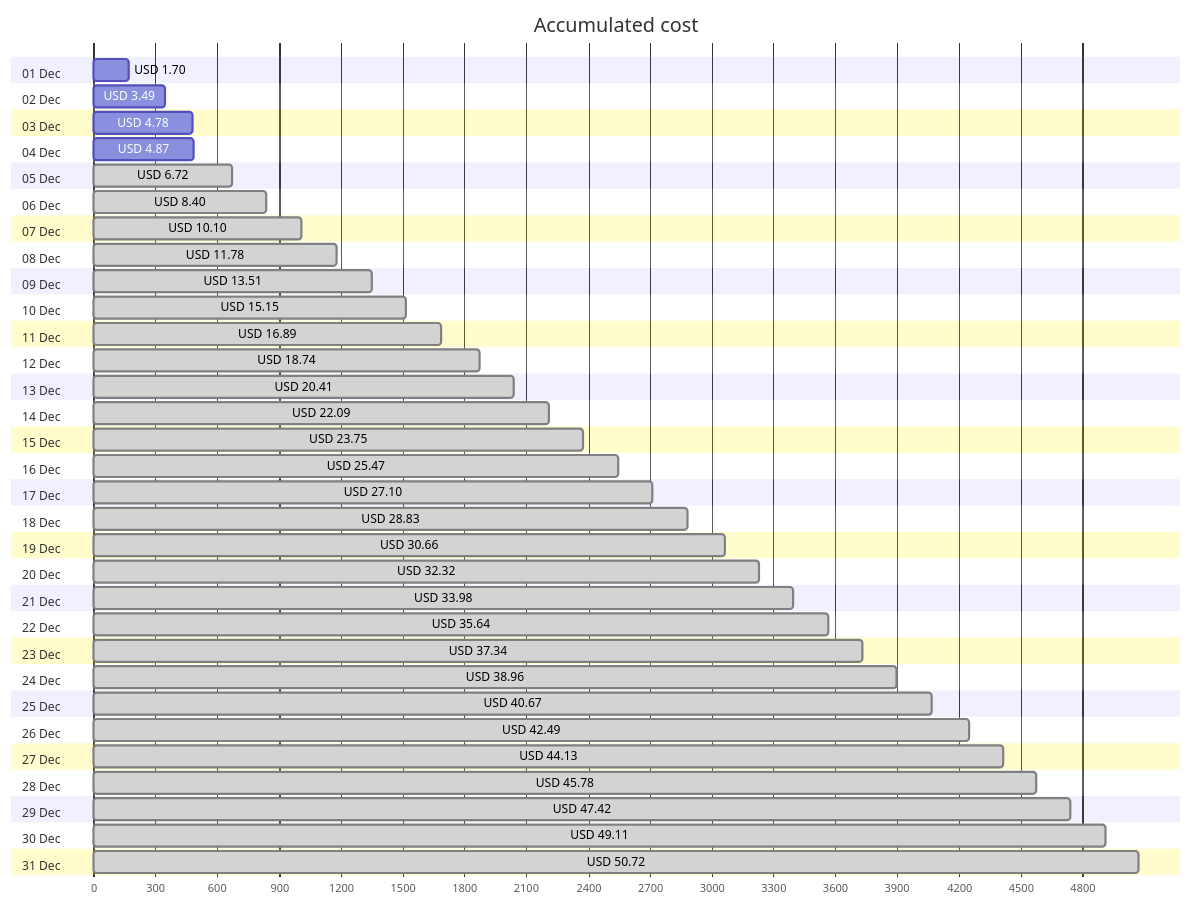
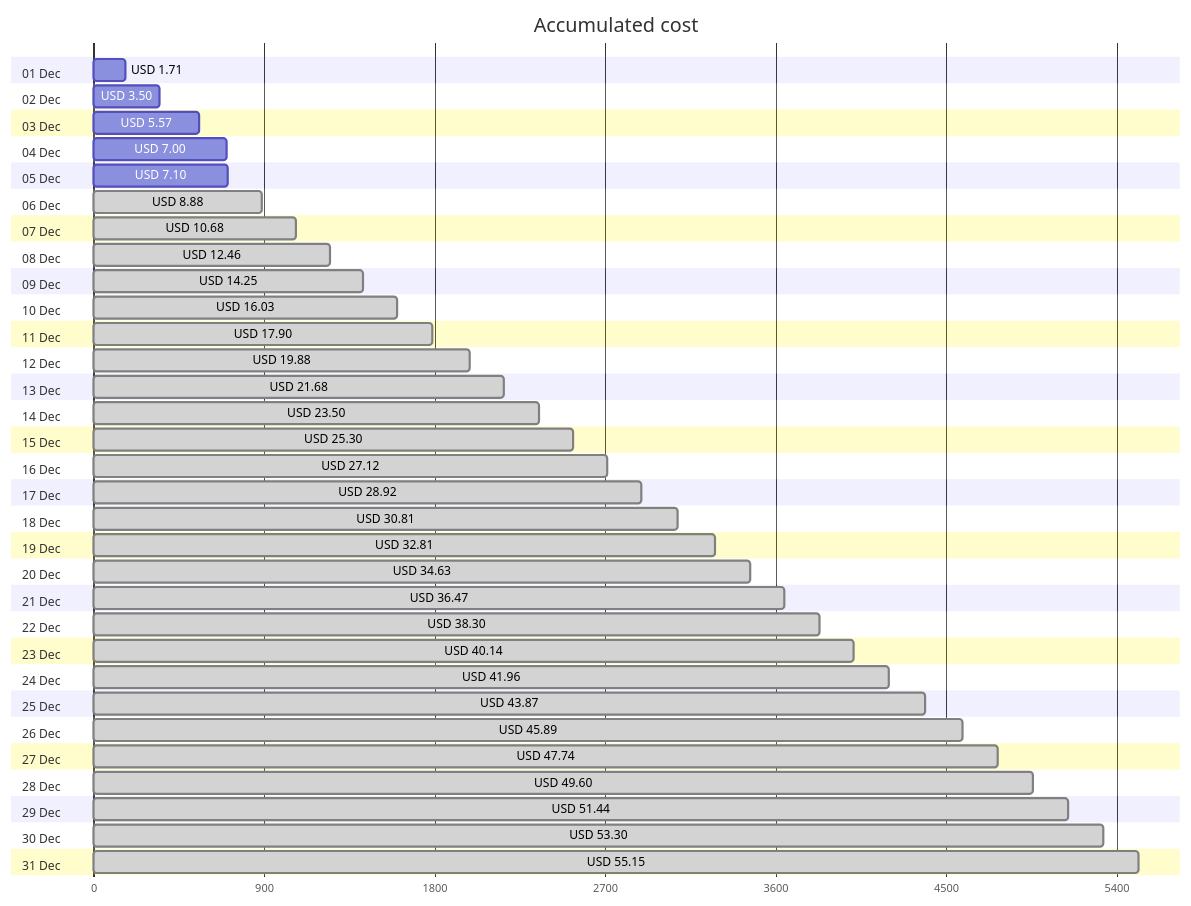
Before and after one commit to jpfulton/azure-personal-reports: the first of 4 diagrams in cost-reports/personal-network/README.md, drawn with Mermaid. The commit also changed other lines of this file and 8 other files, not shown here.

````diff
--- a/cost-reports/personal-network/README.md
+++ b/cost-reports/personal-network/README.md
@@ -20,68 +20,68 @@
 ```mermaid
 gantt
    title Accumulated cost
    dateFormat  X
    axisFormat %s
    section 01 Dec
-   USD 1.70 :0, 170
+   USD 1.71 :0, 171
    section 02 Dec
-   USD 3.49 :0, 349
+   USD 3.50 :0, 350
    section 03 Dec
-   USD 4.78 :0, 478
+   USD 5.57 :0, 557
    section 04 Dec
-   USD 4.87 :0, 487
+   USD 7.00 :0, 700
    section 05 Dec
-   USD 6.72 : done, 0, 672
+   USD 7.10 :0, 710
    section 06 Dec
-   USD 8.40 : done, 0, 840
+   USD 8.88 : done, 0, 888
    section 07 Dec
-   USD 10.10 : done, 0, 1010
+   USD 10.68 : done, 0, 1068
    section 08 Dec
-   USD 11.78 : done, 0, 1178
+   USD 12.46 : done, 0, 1246
    section 09 Dec
-   USD 13.51 : done, 0, 1351
+   USD 14.25 : done, 0, 1425
    section 10 Dec
-   USD 15.15 : done, 0, 1515
+   USD 16.03 : done, 0, 1603
    section 11 Dec
-   USD 16.89 : done, 0, 1689
+   USD 17.90 : done, 0, 1790
    section 12 Dec
-   USD 18.74 : done, 0, 1874
+   USD 19.88 : done, 0, 1988
    section 13 Dec
-   USD 20.41 : done, 0, 2041
+   USD 21.68 : done, 0, 2168
    section 14 Dec
-   USD 22.09 : done, 0, 2209
+   USD 23.50 : done, 0, 2350
    section 15 Dec
-   USD 23.75 : done, 0, 2375
+   USD 25.30 : done, 0, 2530
    section 16 Dec
-   USD 25.47 : done, 0, 2547
+   USD 27.12 : done, 0, 2712
    section 17 Dec
-   USD 27.10 : done, 0, 2710
+   USD 28.92 : done, 0, 2892
    section 18 Dec
-   USD 28.83 : done, 0, 2883
+   USD 30.81 : done, 0, 3081
    section 19 Dec
-   USD 30.66 : done, 0, 3066
+   USD 32.81 : done, 0, 3281
    section 20 Dec
-   USD 32.32 : done, 0, 3232
+   USD 34.63 : done, 0, 3463
    section 21 Dec
-   USD 33.98 : done, 0, 3398
+   USD 36.47 : done, 0, 3647
    section 22 Dec
-   USD 35.64 : done, 0, 3564
+   USD 38.30 : done, 0, 3830
    section 23 Dec
-   USD 37.34 : done, 0, 3734
+   USD 40.14 : done, 0, 4014
    section 24 Dec
-   USD 38.96 : done, 0, 3896
+   USD 41.96 : done, 0, 4196
    section 25 Dec
-   USD 40.67 : done, 0, 4067
+   USD 43.87 : done, 0, 4387
    section 26 Dec
-   USD 42.49 : done, 0, 4249
+   USD 45.89 : done, 0, 4589
    section 27 Dec
-   USD 44.13 : done, 0, 4413
+   USD 47.74 : done, 0, 4774
    section 28 Dec
-   USD 45.78 : done, 0, 4578
+   USD 49.60 : done, 0, 4960
    section 29 Dec
-   USD 47.42 : done, 0, 4742
+   USD 51.44 : done, 0, 5144
    section 30 Dec
-   USD 49.11 : done, 0, 4911
+   USD 53.30 : done, 0, 5330
    section 31 Dec
-   USD 50.72 : done, 0, 5072
+   USD 55.15 : done, 0, 5515
 ```
````
